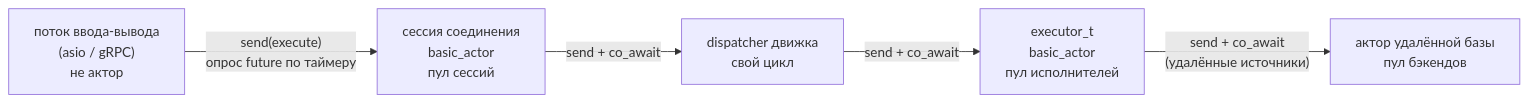
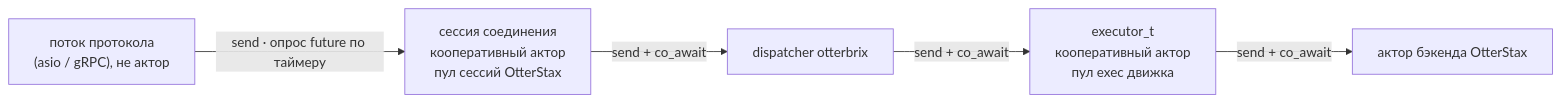
One commit to otterstax/otterstax changed the diagram in docs/proposals/actor-zeta.md. Above: the diagram before and after it, drawn with Mermaid. The commit also changed other lines of this file and 455 other files, not shown here.

````diff
--- a/docs/proposals/actor-zeta.md
+++ b/docs/proposals/actor-zeta.md
@@ -58,12 +41,12 @@
 ```mermaid
 flowchart LR
-    FE["поток ввода-вывода<br/>(asio / gRPC)<br/>не актор"]
-    S["сессия соединения<br/>basic_actor<br/>пул сессий"]
-    D["dispatcher движка<br/>свой цикл"]
-    EX["executor_t<br/>basic_actor<br/>пул исполнителей"]
-    B["актор удалённой базы<br/>пул бэкендов"]
-    FE -- "send(execute)<br/>опрос future по таймеру" --> S
+    FE["поток протокола<br/>(asio / gRPC), не актор"]
+    S["сессия соединения<br/>кооперативный актор<br/>пул сессий OtterStax"]
+    D["dispatcher otterbrix"]
+    EX["executor_t<br/>кооперативный актор<br/>пул exec движка"]
+    B["актор бэкенда OtterStax"]
+    FE -- "send · опрос future по таймеру" --> S
     S -- "send + co_await" --> D
     D -- "send + co_await" --> EX
-    EX -- "send + co_await<br/>(удалённые источники)" --> B
+    EX -- "send + co_await" --> B
 ```
````
